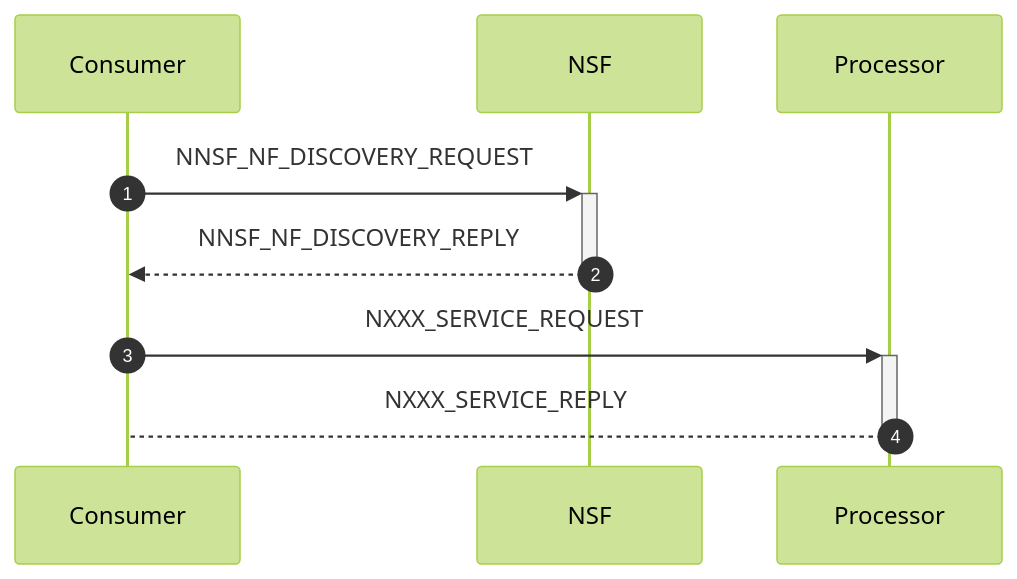
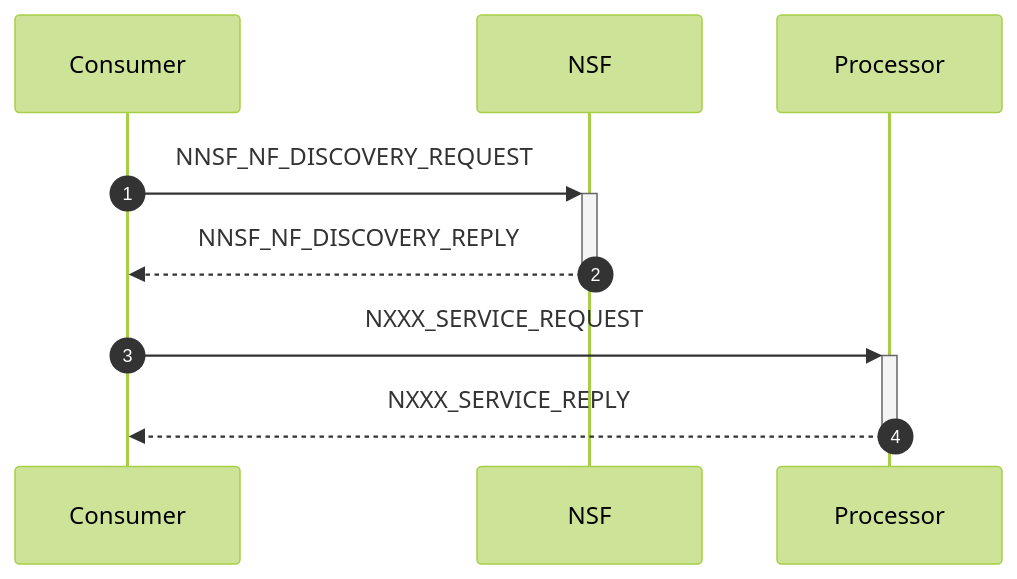
One commit to veil-link/veilink changed the fifth of 16 diagrams in doc/doc-spec/00-series-general/00.002-procedure.md. Above: the diagram before and after it, drawn with Mermaid (forest theme). The commit also changed other lines of this file and 1 other file, not shown here.

````diff
--- a/doc/doc-spec/00-series-general/00.002-procedure.md
+++ b/doc/doc-spec/00-series-general/00.002-procedure.md
@@ -113,12 +113,12 @@
 ```mermaid
 sequenceDiagram
     autonumber
     participant con as Consumer
     participant nsf as NSF
     participant pro as Processor
 
     con ->>+ nsf: NNSF_NF_DISCOVERY_REQUEST
     nsf -->>- con: NNSF_NF_DISCOVERY_REPLY
     con ->>+ pro: NXXX_SERVICE_REQUEST
-    pro -->- con: NXXX_SERVICE_REPLY
+    pro -->>- con: NXXX_SERVICE_REPLY
 ```
````
